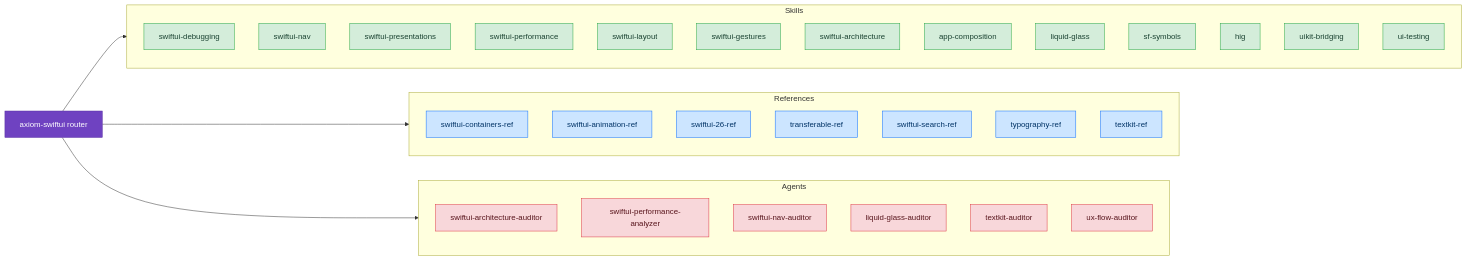
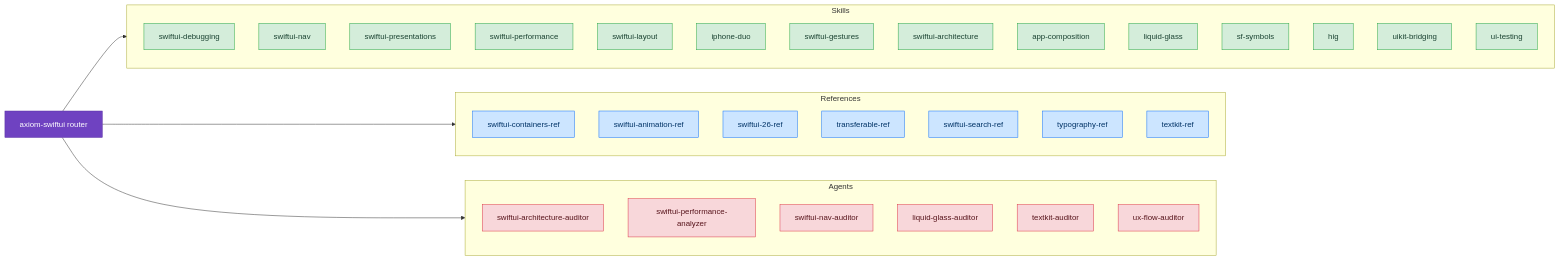
One commit to CharlesWiltgen/Axiom changed the diagram in docs/skills/ui-design/index.md. Above: the diagram before and after it, drawn with Mermaid. The commit also changed other lines of this file and 24 other files, not shown here.

````diff
--- a/docs/skills/ui-design/index.md
+++ b/docs/skills/ui-design/index.md
@@ -5,48 +5,49 @@
 ```mermaid
 flowchart LR
     classDef router fill:#6f42c1,stroke:#5a32a3,color:#fff
     classDef discipline fill:#d4edda,stroke:#28a745,color:#1b4332
     classDef reference fill:#cce5ff,stroke:#0d6efd,color:#003366
     classDef diagnostic fill:#fff3cd,stroke:#ffc107,color:#664d03
     classDef agent fill:#f8d7da,stroke:#dc3545,color:#58151c
 
     axiom_swiftui["axiom-swiftui router"]:::router
 
     subgraph skills_d["Skills"]
         swiftui_debugging["swiftui-debugging"]:::discipline
         swiftui_nav["swiftui-nav"]:::discipline
         swiftui_presentations["swiftui-presentations"]:::discipline
         swiftui_performance["swiftui-performance"]:::discipline
         swiftui_layout["swiftui-layout"]:::discipline
+        iphone_duo["iphone-duo"]:::discipline
         swiftui_gestures["swiftui-gestures"]:::discipline
         swiftui_architecture["swiftui-architecture"]:::discipline
         app_composition["app-composition"]:::discipline
         liquid_glass["liquid-glass"]:::discipline
         sf_symbols["sf-symbols"]:::discipline
         hig["hig"]:::discipline
         uikit_bridging["uikit-bridging"]:::discipline
         ui_testing["ui-testing"]:::discipline
     end
     axiom_swiftui --> skills_d
 
     subgraph skills_r["References"]
         swiftui_containers_ref["swiftui-containers-ref"]:::reference
         swiftui_animation_ref["swiftui-animation-ref"]:::reference
         swiftui_26_ref["swiftui-26-ref"]:::reference
         transferable_ref["transferable-ref"]:::reference
         swiftui_search_ref["swiftui-search-ref"]:::reference
         typography_ref["typography-ref"]:::reference
         textkit_ref["textkit-ref"]:::reference
     end
     axiom_swiftui --> skills_r
 
     subgraph agents_sg["Agents"]
         agent_arch["swiftui-architecture-auditor"]:::agent
         agent_perf["swiftui-performance-analyzer"]:::agent
         agent_nav["swiftui-nav-auditor"]:::agent
         agent_lg["liquid-glass-auditor"]:::agent
         agent_tk["textkit-auditor"]:::agent
         agent_ux["ux-flow-auditor"]:::agent
     end
     axiom_swiftui --> agents_sg
 ```
````
